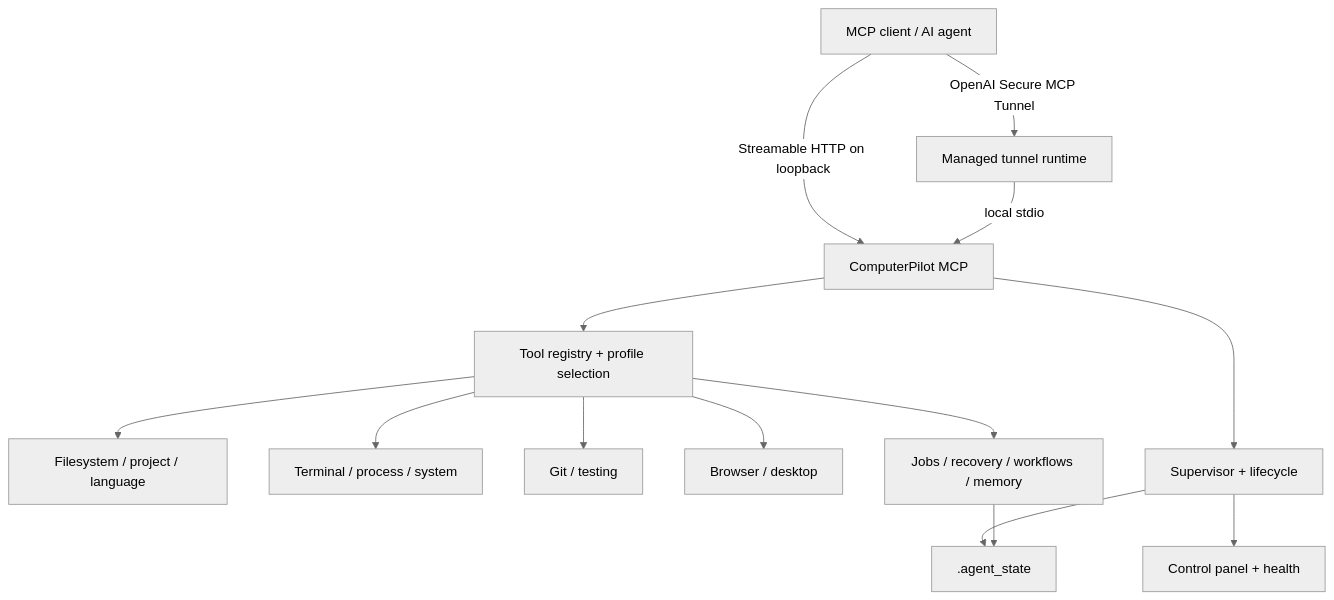
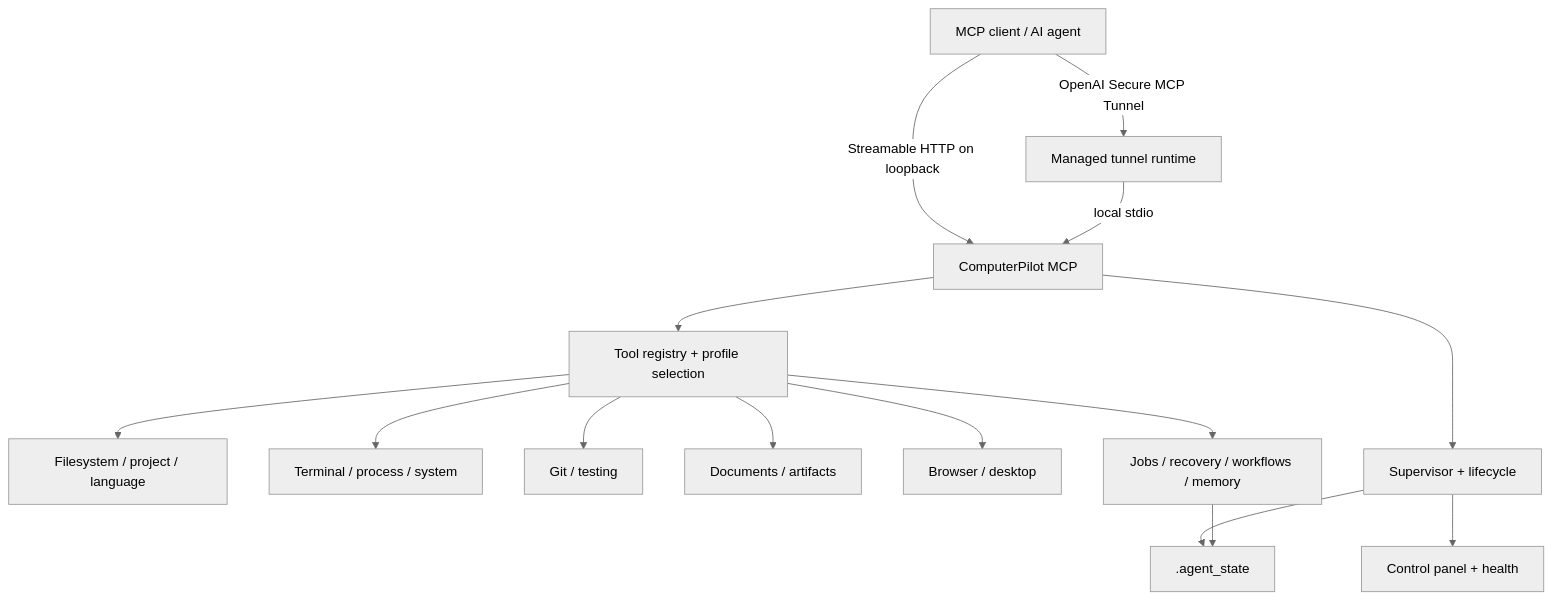
The diagram in docs/architecture.md (dibbed/computerpilot-mcp), drawn with Mermaid (neutral theme) before and after one commit. The commit also changed other lines of this file and 35 other files, not shown here.

````diff
--- a/docs/architecture.md
+++ b/docs/architecture.md
@@ -7,18 +7,19 @@
 ```mermaid
 flowchart TD
     C[MCP client / AI agent] -->|Streamable HTTP on loopback| M[ComputerPilot MCP]
     C -->|OpenAI Secure MCP Tunnel| T[Managed tunnel runtime]
     T -->|local stdio| M
 
     M --> R[Tool registry + profile selection]
     R --> FS[Filesystem / project / language]
     R --> EX[Terminal / process / system]
     R --> DEV[Git / testing]
+    R --> DOC[Documents / artifacts]
     R --> AUTO[Browser / desktop]
     R --> DUR[Jobs / recovery / workflows / memory]
 
     M --> S[Supervisor + lifecycle]
     S --> P[Control panel + health]
     S --> ST[.agent_state]
     DUR --> ST
 ```
````
